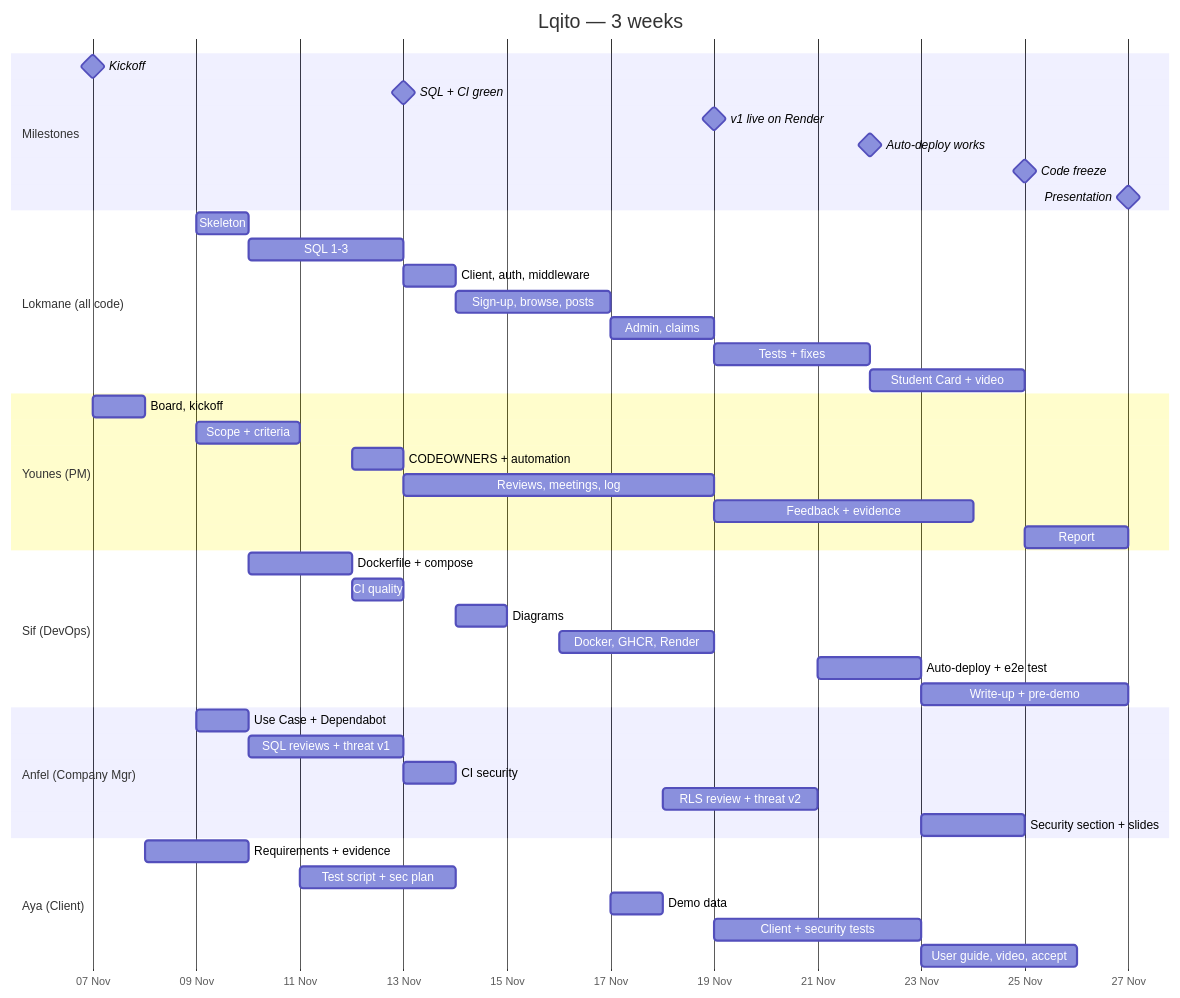
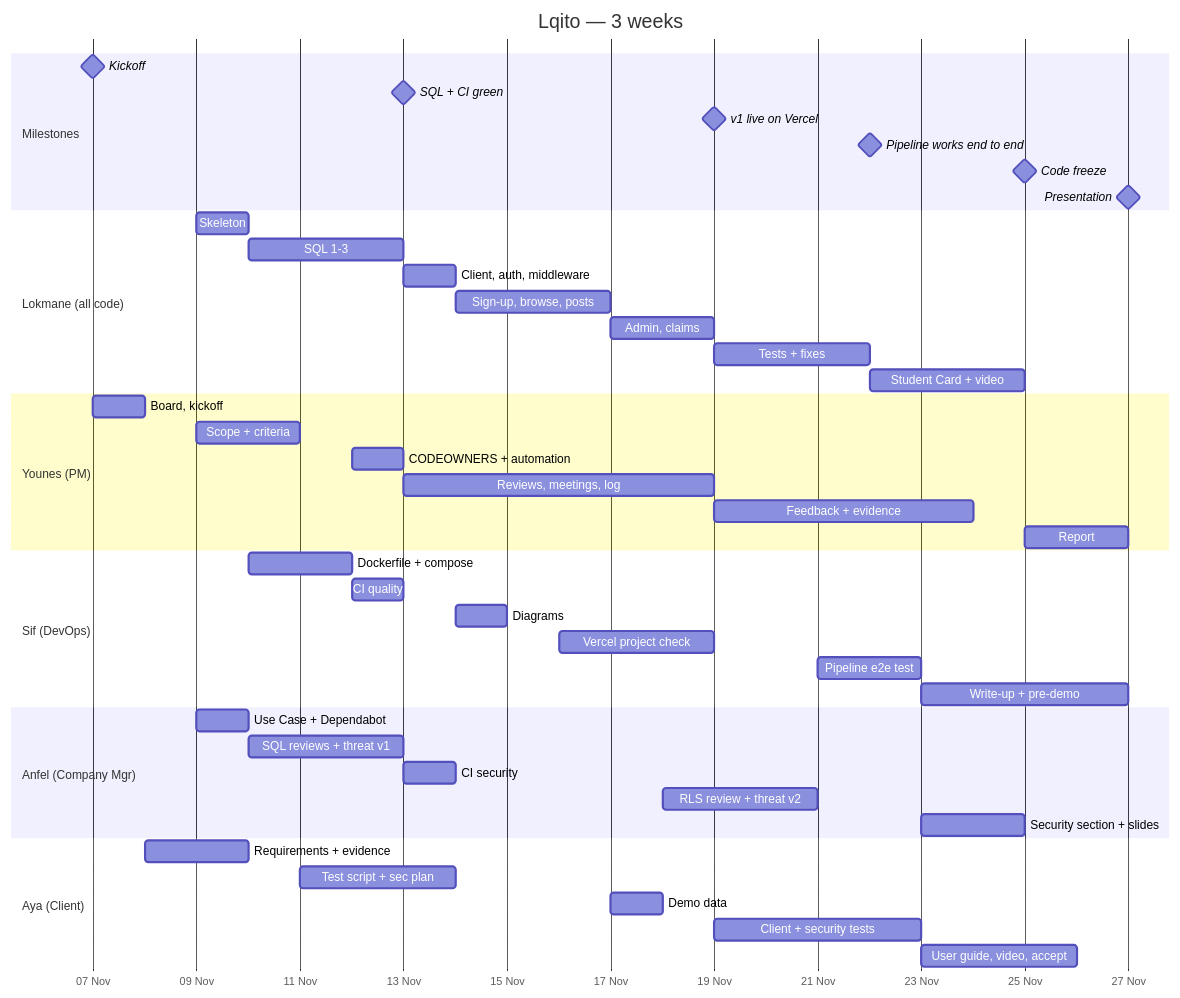
Before and after one commit to serrarlokmane/uni-lost-and-found: the diagram in docs/PLAN.md, drawn with Mermaid. The commit also changed other lines of this file and 3 other files, not shown here.

````diff
--- a/docs/PLAN.md
+++ b/docs/PLAN.md
@@ -206,53 +205,53 @@
 ```mermaid
 gantt
   title Lqito — 3 weeks
   dateFormat YYYY-MM-DD
   axisFormat %d %b
 
   section Milestones
   Kickoff                   :milestone, 2026-11-07, 0d
   SQL + CI green            :milestone, 2026-11-13, 0d
-  v1 live on Render         :milestone, 2026-11-19, 0d
-  Auto-deploy works         :milestone, 2026-11-22, 0d
+  v1 live on Vercel         :milestone, 2026-11-19, 0d
+  Pipeline works end to end :milestone, 2026-11-22, 0d
   Code freeze               :milestone, 2026-11-25, 0d
   Presentation              :milestone, 2026-11-27, 0d
 
   section Lokmane (all code)
   Skeleton                  :2026-11-09, 1d
   SQL 1-3                   :2026-11-10, 3d
   Client, auth, middleware  :2026-11-13, 1d
   Sign-up, browse, posts    :2026-11-14, 3d
   Admin, claims             :2026-11-17, 2d
   Tests + fixes             :2026-11-19, 3d
   Student Card + video      :2026-11-22, 3d
 
   section Younes (PM)
   Board, kickoff            :2026-11-07, 1d
   Scope + criteria          :2026-11-09, 2d
   CODEOWNERS + automation   :2026-11-12, 1d
   Reviews, meetings, log    :2026-11-13, 6d
   Feedback + evidence       :2026-11-19, 5d
   Report                    :2026-11-25, 2d
 
   section Sif (DevOps)
   Dockerfile + compose      :2026-11-10, 2d
   CI quality                :2026-11-12, 1d
   Diagrams                  :2026-11-14, 1d
-  Docker, GHCR, Render      :2026-11-16, 3d
-  Auto-deploy + e2e test    :2026-11-21, 2d
+  Vercel project check      :2026-11-16, 3d
+  Pipeline e2e test         :2026-11-21, 2d
   Write-up + pre-demo       :2026-11-23, 4d
 
   section Anfel (Company Mgr)
   Use Case + Dependabot     :2026-11-09, 1d
   SQL reviews + threat v1   :2026-11-10, 3d
   CI security               :2026-11-13, 1d
   RLS review + threat v2    :2026-11-18, 3d
   Security section + slides :2026-11-23, 2d
 
   section Aya (Client)
   Requirements + evidence   :2026-11-08, 2d
   Test script + sec plan    :2026-11-11, 3d
   Demo data                 :2026-11-17, 1d
   Client + security tests   :2026-11-19, 4d
   User guide, video, accept :2026-11-23, 3d
 ```
````
